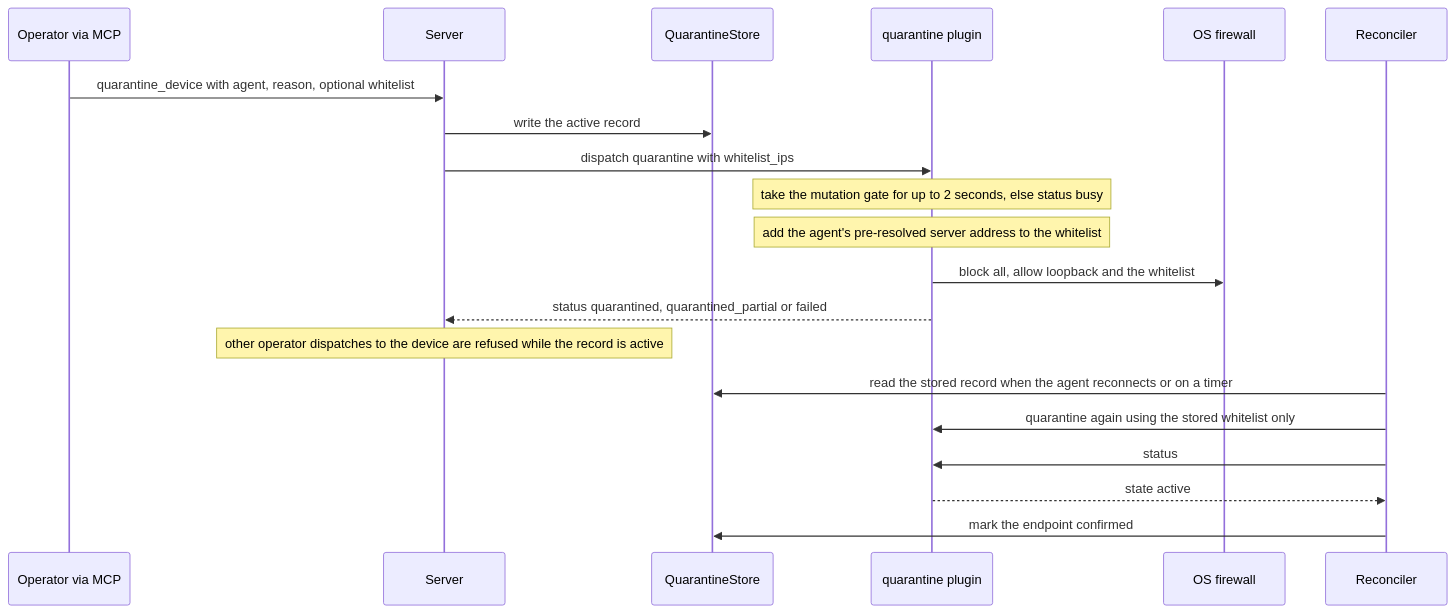
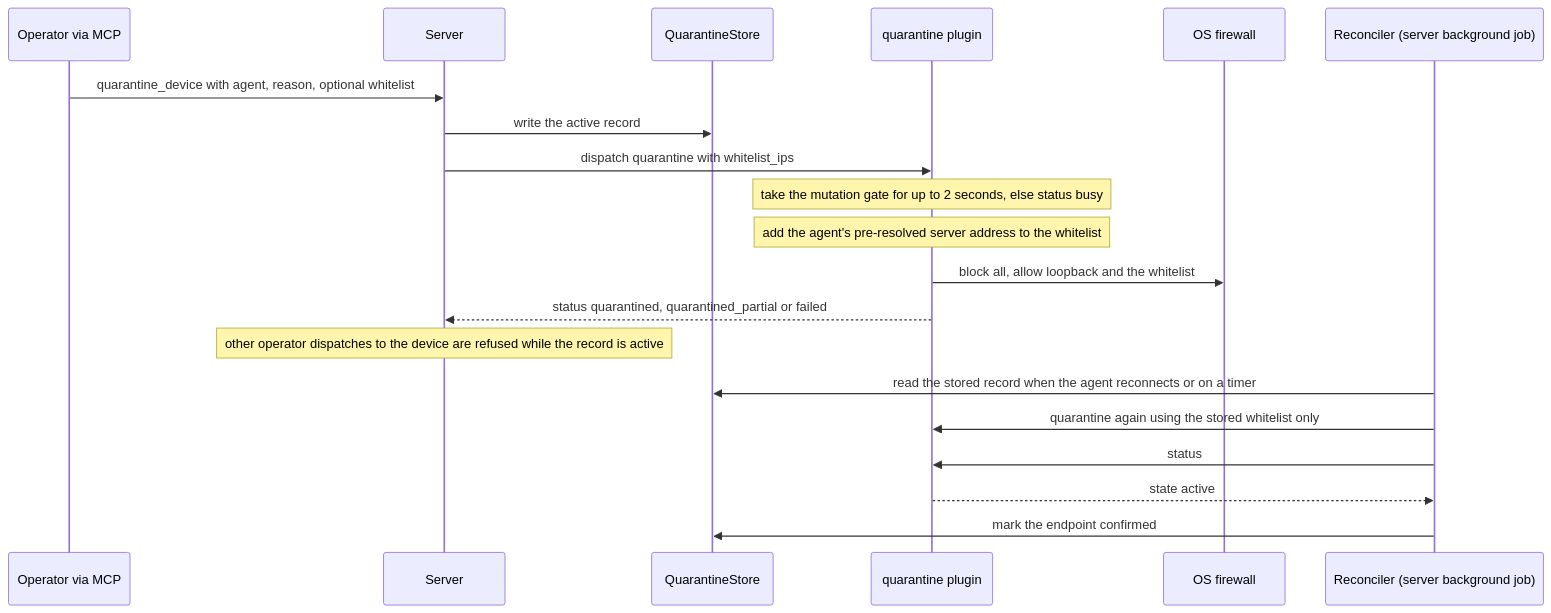
The third of 3 diagrams in agents/plugins/quarantine/README.md (DevNullLtd/Yuzu), drawn with Mermaid before and after one commit. The commit also changed other lines of this file and 69 other files, not shown here.

````diff
--- a/agents/plugins/quarantine/README.md
+++ b/agents/plugins/quarantine/README.md
@@ -82,22 +82,22 @@
 ```mermaid
 sequenceDiagram
   participant Op as Operator via MCP
   participant Srv as Server
   participant QS as QuarantineStore
   participant Ag as quarantine plugin
   participant FW as OS firewall
-  participant Rec as Reconciler
+  participant Rec as Reconciler (server background job)
   Op->>Srv: quarantine_device with agent, reason, optional whitelist
   Srv->>QS: write the active record
   Srv->>Ag: dispatch quarantine with whitelist_ips
   Note over Ag: take the mutation gate for up to 2 seconds, else status busy
   Note over Ag: add the agent's pre-resolved server address to the whitelist
   Ag->>FW: block all, allow loopback and the whitelist
   Ag-->>Srv: status quarantined, quarantined_partial or failed
   Note over Srv: other operator dispatches to the device are refused while the record is active
   Rec->>QS: read the stored record when the agent reconnects or on a timer
   Rec->>Ag: quarantine again using the stored whitelist only
   Rec->>Ag: status
   Ag-->>Rec: state active
   Rec->>QS: mark the endpoint confirmed
 ```
````
